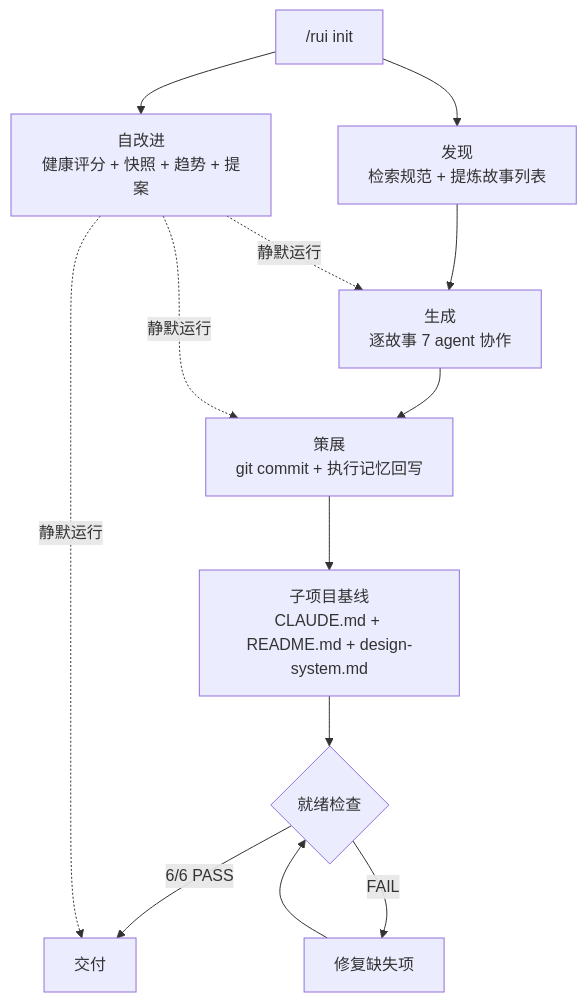
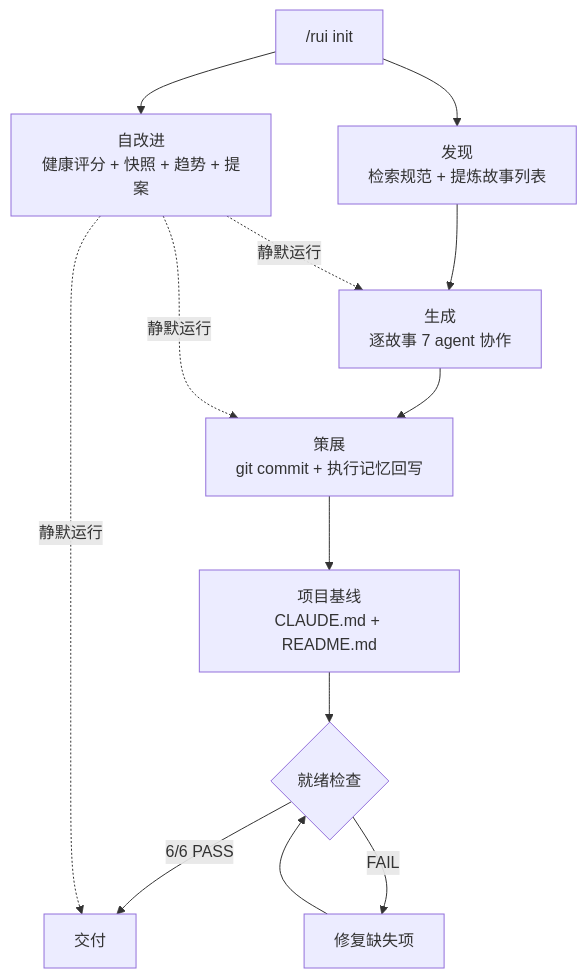
The second of 4 diagrams in skills/rui/SKILL.md (effiy/YrY), drawn with Mermaid before and after one commit. The commit also changed other lines of this file, not shown here.

````diff
--- a/skills/rui/SKILL.md
+++ b/skills/rui/SKILL.md
@@ -45,15 +45,15 @@
 ```mermaid
 flowchart TD
     INIT["/rui init"] --> SELF["自改进<br/>健康评分 + 快照 + 趋势 + 提案"]
     INIT --> DISCOVER["发现<br/>检索规范 + 提炼故事列表"]
     DISCOVER --> GENERATE["生成<br/>逐故事 7 agent 协作"]
     GENERATE --> CURATE["策展<br/>git commit + 执行记忆回写"]
-    CURATE --> BASELINE["子项目基线<br/>CLAUDE.md + README.md + design-system.md"]
+    CURATE --> BASELINE["项目基线<br/>CLAUDE.md + README.md"]
     BASELINE --> CHECK{"就绪检查"}
     CHECK -->|6/6 PASS| DELIVER["交付"]
     CHECK -->|FAIL| FIX["修复缺失项"]
     FIX --> CHECK
     SELF -.->|静默运行| GENERATE
     SELF -.->|静默运行| CURATE
     SELF -.->|静默运行| DELIVER
 ```
````
